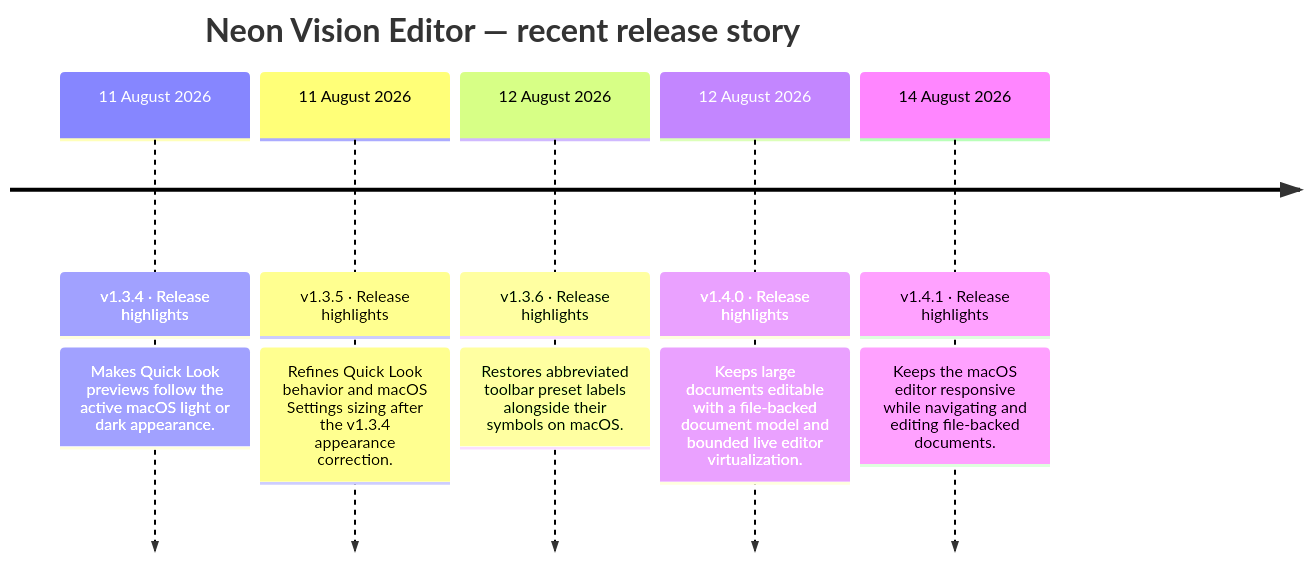
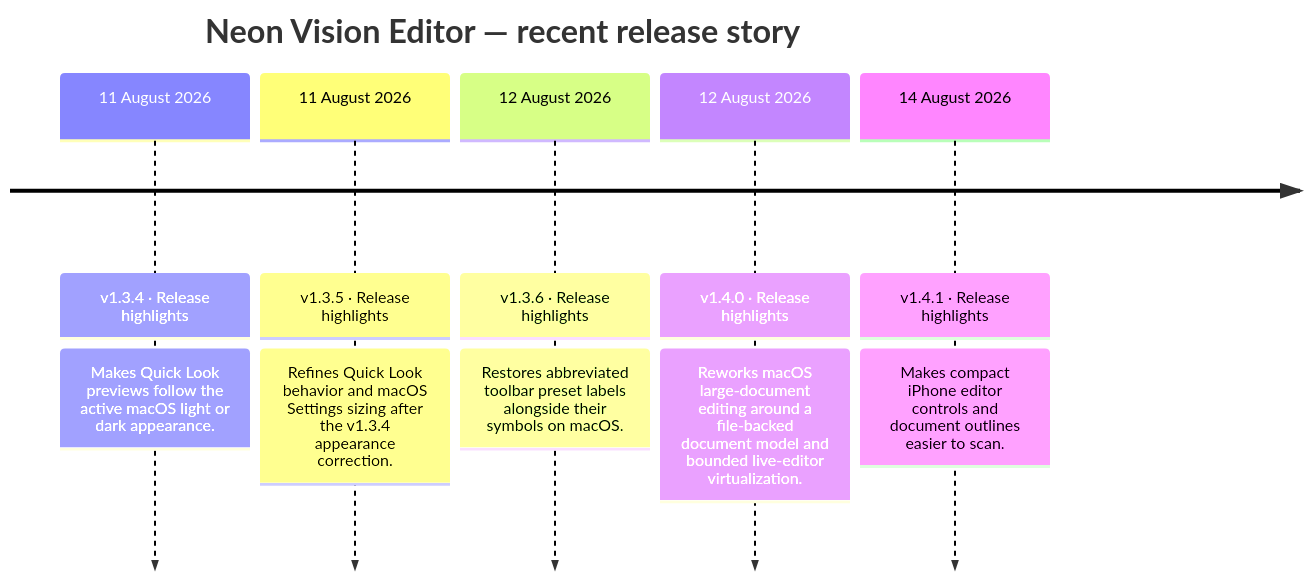
One commit to h3pdesign/Neon-Vision-Editor changed the second of 2 diagrams in README.md. Above: the diagram before and after it, drawn with Mermaid. The commit also changed other lines of this file and 5 other files, not shown here.

````diff
--- a/README.md
+++ b/README.md
@@ -770,14 +769,14 @@
 ```mermaid
 timeline
     title Neon Vision Editor — recent release story
     11 August 2026 : v1.3.4 · Release highlights
                 : Makes Quick Look previews follow the active macOS light or dark appearance.
     11 August 2026 : v1.3.5 · Release highlights
                 : Refines Quick Look behavior and macOS Settings sizing after the v1.3.4 appearance correction.
     12 August 2026 : v1.3.6 · Release highlights
                 : Restores abbreviated toolbar preset labels alongside their symbols on macOS.
     12 August 2026 : v1.4.0 · Release highlights
-                : Keeps large documents editable with a file-backed document model and bounded live editor virtualization.
+                : Reworks macOS large-document editing around a file-backed document model and bounded live-editor virtualization.
     14 August 2026 : v1.4.1 · Release highlights
-                : Keeps the macOS editor responsive while navigating and editing file-backed documents.
+                : Makes compact iPhone editor controls and document outlines easier to scan.
 ```
````
